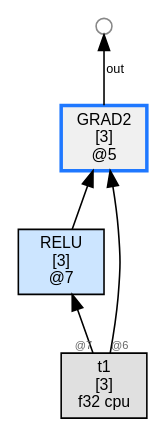
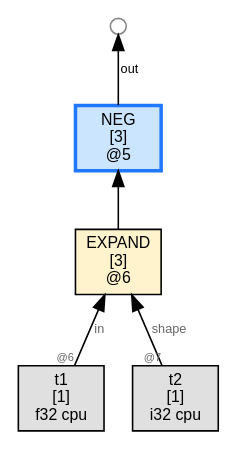
One commit to sw1sh/TinyHVM changed the diagram in wl/examples/thvm_graphs/grad_rules/gradu_poly/thvm_0_pre_reduce.dot. Above: the diagram before and after it, drawn with Graphviz. The commit also changed 4 other files, not shown here.

First line of the commit message:
test: grad_neg/add/sub e2e fail — result stuck at TAG_TOP after eval

```diff
--- a/wl/examples/thvm_graphs/grad_rules/gradu_poly/thvm_0_pre_reduce.dot
+++ b/wl/examples/thvm_graphs/grad_rules/gradu_poly/thvm_0_pre_reduce.dot
@@ -1,14 +1,15 @@
 digraph G {
   rankdir=BT;
   node [fontname="Helvetica", fontsize=10, style=filled, shape=box, margin="0.1,0.05"];
   edge [fontsize=8, fontname="Helvetica"];
 
-  n7 [label="RELU\n[3]\n@7", shape=box, fillcolor="#cce5ff"];
-  t1 [label="t1\n[3]\nf32 cpu",shape=box,fillcolor="#e0e0e0"];
-  t1 -> n7 [label="",taillabel="@7",labelfontsize=7,fontcolor="#666666"];
-  n5 [label="GRAD2\n[3]\n@5", shape=box, fillcolor="#f0f0f0",color="#1f78ff",penwidth=2.2];
-  n7 -> n5 [label=""];
-  t1 -> n5 [label="",taillabel="@6",labelfontsize=7,fontcolor="#666666"];
+  n6 [label="EXPAND\n[3]\n@6", shape=box, fillcolor="#fff3cd"];
+  t1 [label="t1\n[1]\nf32 cpu",shape=box,fillcolor="#e0e0e0"];
+  t1 -> n6 [label="in",taillabel="@6",labelfontsize=7,fontcolor="#666666"];
+  t2 [label="t2\n[1]\ni32 cpu",shape=box,fillcolor="#e0e0e0"];
+  t2 -> n6 [label="shape",taillabel="@7",labelfontsize=7,fontcolor="#666666"];
+  n5 [label="NEG\n[3]\n@5", shape=box, fillcolor="#cce5ff",color="#1f78ff",penwidth=2.2];
+  n6 -> n5 [label=""];
   free5_1000 [label="",shape=circle,width=0.14,height=0.14,fixedsize=true,fillcolor="#ffffff",color="#888888",fontsize=1];
   n5 -> free5_1000 [label="out"];
 }
```
